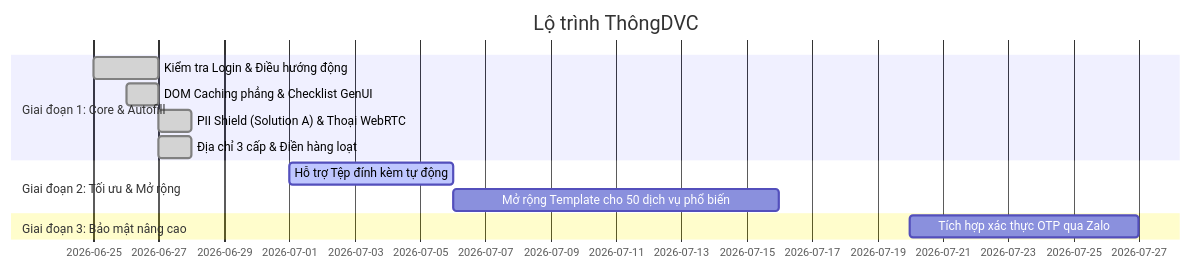
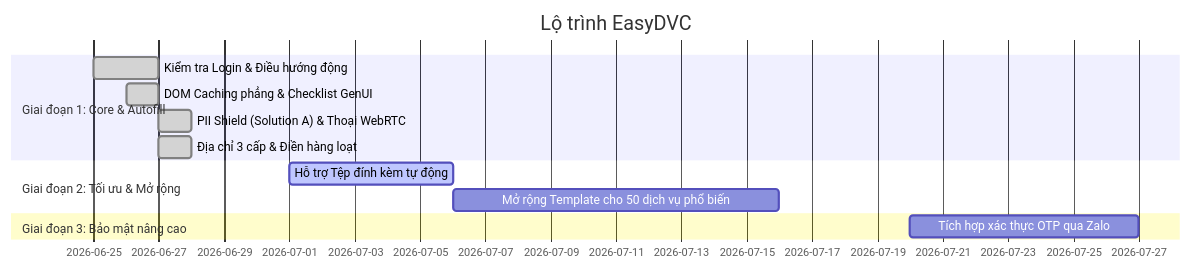
Before and after one commit to blu1606/DVC: the diagram in docs/project-roadmap.md, drawn with Mermaid. The commit also changed other lines of this file and 14 other files, not shown here.

Commit message:
refactor: rename project from ThongDVC to EasyDVC

````diff
--- a/docs/project-roadmap.md
+++ b/docs/project-roadmap.md
@@ -7,15 +7,15 @@
 ```mermaid
 gantt
-    title Lộ trình ThôngDVC
+    title Lộ trình EasyDVC
     dateFormat  YYYY-MM-DD
     section Giai đoạn 1: Core & Autofill
     Kiểm tra Login & Điều hướng động :done, 2026-06-25, 2d
     DOM Caching phẳng & Checklist GenUI :done, 2026-06-26, 1d
     PII Shield (Solution A) & Thoại WebRTC :done, 2026-06-27, 1d
     Địa chỉ 3 cấp & Điền hàng loạt :done, 2026-06-27, 1d
     section Giai đoạn 2: Tối ưu & Mở rộng
     Hỗ trợ Tệp đính kèm tự động :active, 2026-07-01, 5d
     Mở rộng Template cho 50 dịch vụ phổ biến : 2026-07-06, 10d
     section Giai đoạn 3: Bảo mật nâng cao
     Tích hợp xác thực OTP qua Zalo : 2026-07-20, 7d
 ```
````
